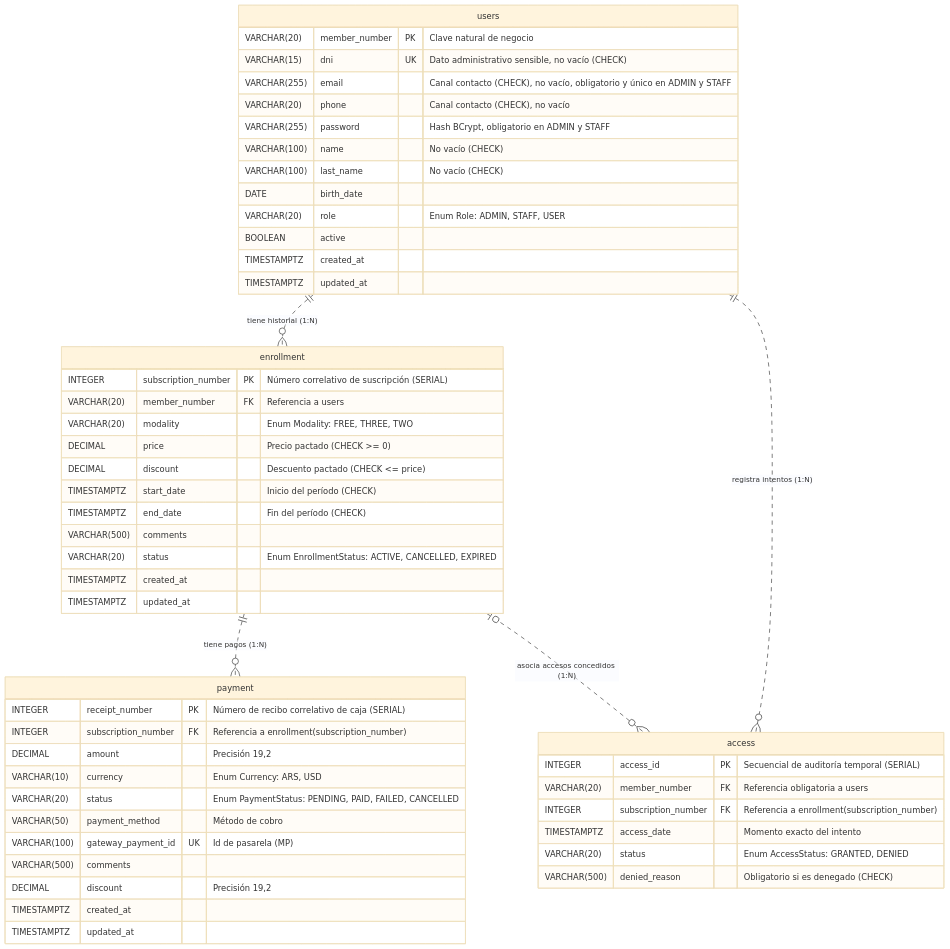
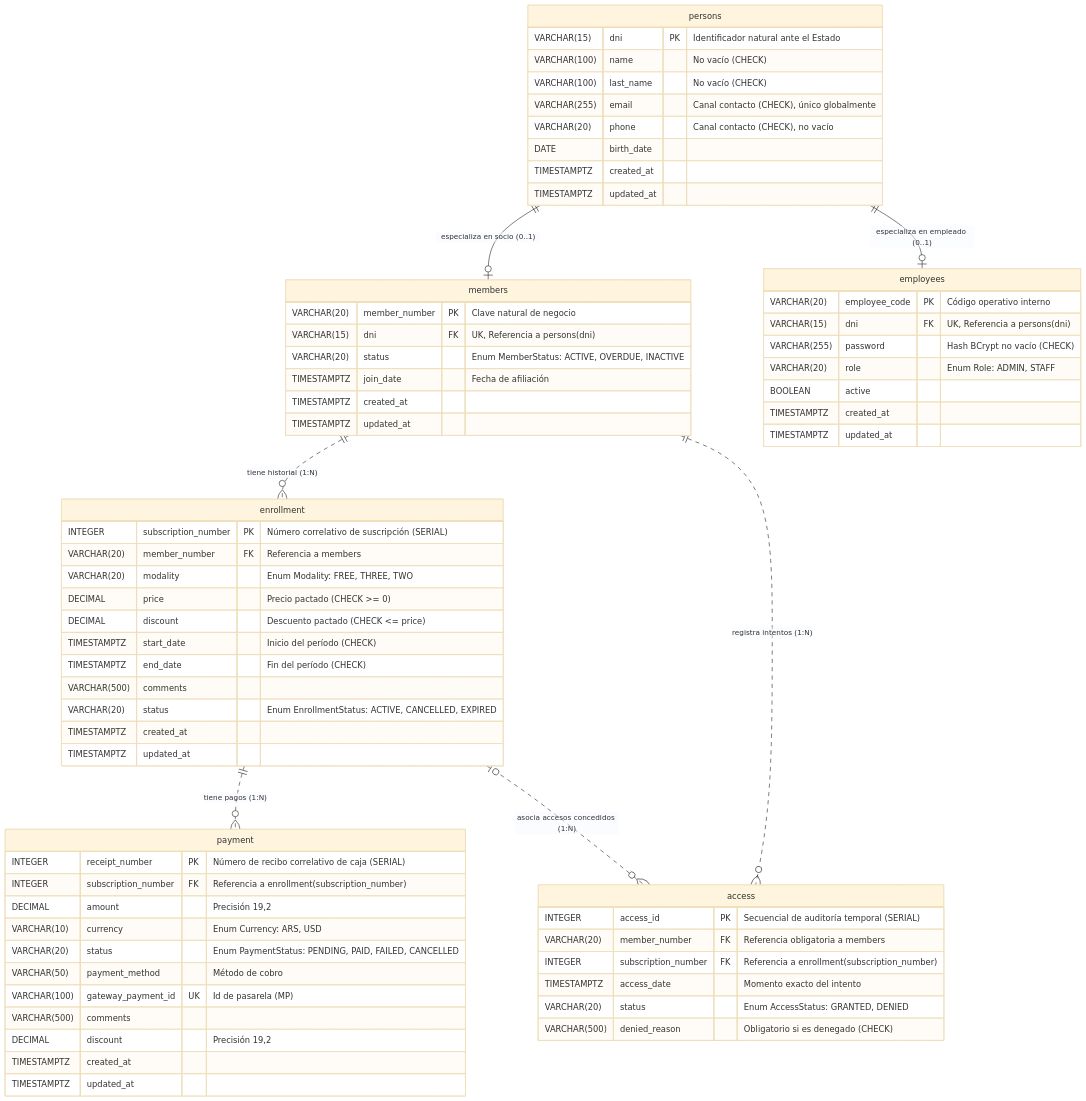
The second of 2 diagrams in docs/entidades.md (santiagovOK/TFI_grupo144), drawn with Mermaid (base theme) before and after one commit. The commit also changed other lines of this file and 3 other files, not shown here.

Commit message:
refactor(schema): split users into persons, members, and employees joined tables

````diff
--- a/docs/entidades.md
+++ b/docs/entidades.md
@@ -68,55 +68,70 @@
 ```mermaid
 erDiagram
-    users {
-        VARCHAR(20) member_number PK "Clave natural de negocio"
-        VARCHAR(15) dni UK "Dato administrativo sensible, no vacío (CHECK)"
-        VARCHAR(255) email "Canal contacto (CHECK), no vacío, obligatorio y único en ADMIN y STAFF"
-        VARCHAR(20) phone "Canal contacto (CHECK), no vacío"
-        VARCHAR(255) password "Hash BCrypt, obligatorio en ADMIN y STAFF"
+    persons {
+        VARCHAR(15) dni PK "Identificador natural ante el Estado"
         VARCHAR(100) name "No vacío (CHECK)"
         VARCHAR(100) last_name "No vacío (CHECK)"
+        VARCHAR(255) email "Canal contacto (CHECK), único globalmente"
+        VARCHAR(20) phone "Canal contacto (CHECK), no vacío"
         DATE birth_date
-        VARCHAR(20) role "Enum Role: ADMIN, STAFF, USER"
+        TIMESTAMPTZ created_at
+        TIMESTAMPTZ updated_at
+    }
+    members {
+        VARCHAR(20) member_number PK "Clave natural de negocio"
+        VARCHAR(15) dni FK "UK, Referencia a persons(dni)"
+        VARCHAR(20) status "Enum MemberStatus: ACTIVE, OVERDUE, INACTIVE"
+        TIMESTAMPTZ join_date "Fecha de afiliación"
+        TIMESTAMPTZ created_at
+        TIMESTAMPTZ updated_at
+    }
+    employees {
+        VARCHAR(20) employee_code PK "Código operativo interno"
+        VARCHAR(15) dni FK "UK, Referencia a persons(dni)"
+        VARCHAR(255) password "Hash BCrypt no vacío (CHECK)"
+        VARCHAR(20) role "Enum Role: ADMIN, STAFF"
         BOOLEAN active
         TIMESTAMPTZ created_at
         TIMESTAMPTZ updated_at
     }
     enrollment {
         INTEGER subscription_number PK "Número correlativo de suscripción (SERIAL)"
-        VARCHAR(20) member_number FK "Referencia a users"
+        VARCHAR(20) member_number FK "Referencia a members"
         VARCHAR(20) modality "Enum Modality: FREE, THREE, TWO"
         DECIMAL price "Precio pactado (CHECK >= 0)"
         DECIMAL discount "Descuento pactado (CHECK <= price)"
         TIMESTAMPTZ start_date "Inicio del período (CHECK)"
         TIMESTAMPTZ end_date "Fin del período (CHECK)"
         VARCHAR(500) comments
         VARCHAR(20) status "Enum EnrollmentStatus: ACTIVE, CANCELLED, EXPIRED"
         TIMESTAMPTZ created_at
         TIMESTAMPTZ updated_at
     }
     payment {
         INTEGER receipt_number PK "Número de recibo correlativo de caja (SERIAL)"
         INTEGER subscription_number FK "Referencia a enrollment(subscription_number)"
         DECIMAL amount "Precisión 19,2"
         VARCHAR(10) currency "Enum Currency: ARS, USD"
         VARCHAR(20) status "Enum PaymentStatus: PENDING, PAID, FAILED, CANCELLED"
         VARCHAR(50) payment_method "Método de cobro"
         VARCHAR(100) gateway_payment_id UK "Id de pasarela (MP)"
         VARCHAR(500) comments
         DECIMAL discount "Precisión 19,2"
         TIMESTAMPTZ created_at
         TIMESTAMPTZ updated_at
     }
     access {
         INTEGER access_id PK "Secuencial de auditoría temporal (SERIAL)"
-        VARCHAR(20) member_number FK "Referencia obligatoria a users"
+        VARCHAR(20) member_number FK "Referencia obligatoria a members"
         INTEGER subscription_number FK "Referencia a enrollment(subscription_number)"
         TIMESTAMPTZ access_date "Momento exacto del intento"
         VARCHAR(20) status "Enum AccessStatus: GRANTED, DENIED"
         VARCHAR(500) denied_reason "Obligatorio si es denegado (CHECK)"
     }
-    users ||..o{ enrollment : "tiene historial (1:N)"
-    users ||..o{ access : "registra intentos (1:N)"
+    persons ||--|o members : "especializa en socio (0..1)"
+    persons ||--|o employees : "especializa en empleado (0..1)"
+    members ||..o{ enrollment : "tiene historial (1:N)"
+    members ||..o{ access : "registra intentos (1:N)"
     enrollment ||..o{ payment : "tiene pagos (1:N)"
     enrollment |o..o{ access : "asocia accesos concedidos (1:N)"
 ```
````
